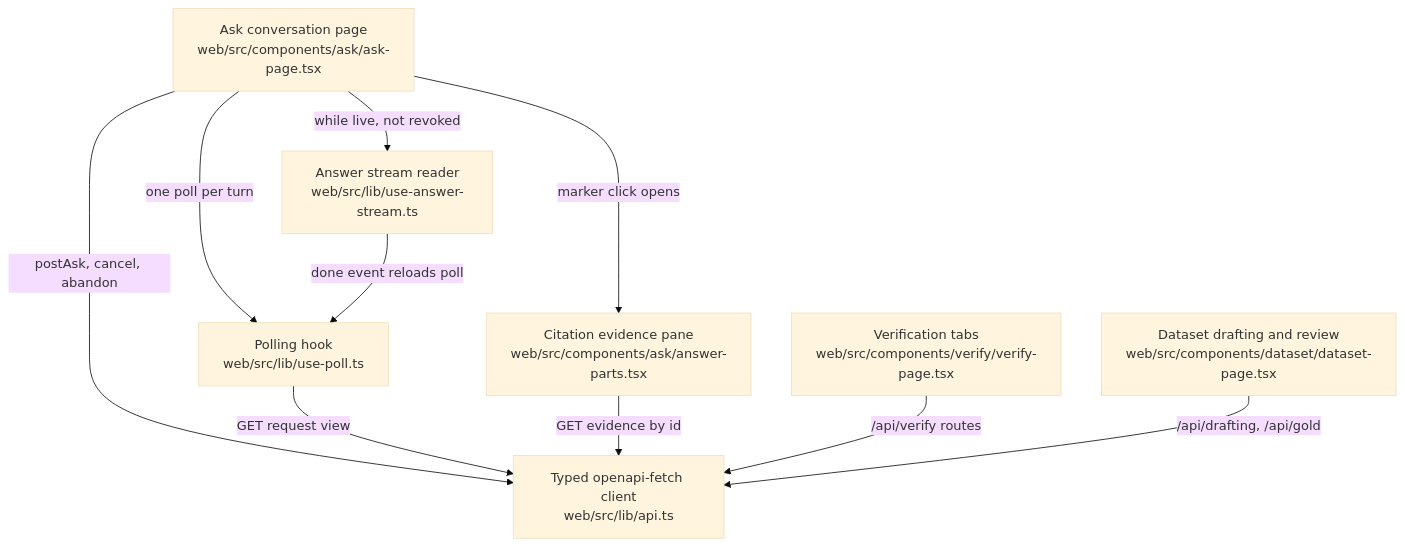
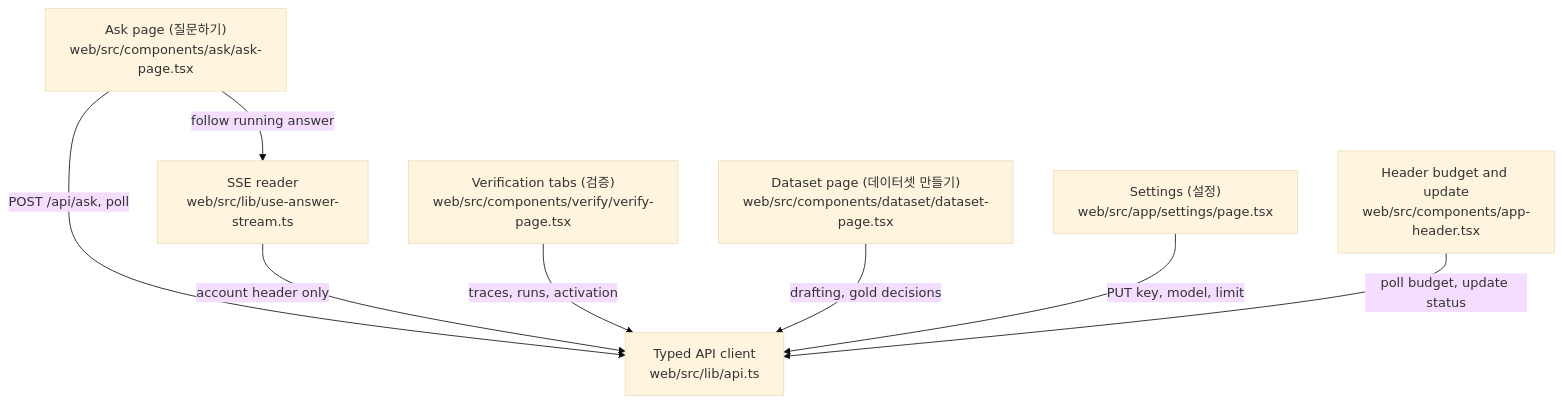
The diagram in .omm/overall-architecture/web-screens/diagram.mmd (littleeeeebit/project-codeit-mid), drawn with Mermaid (base theme) before and after one commit. The commit also changed 398 other files, not shown here.

```diff
--- a/.omm/overall-architecture/web-screens/diagram.mmd
+++ b/.omm/overall-architecture/web-screens/diagram.mmd
@@ -1,17 +1,8 @@
 graph TD
-  ask-page["Ask conversation page\nweb/src/components/ask/ask-page.tsx"]
-  api-client["Typed openapi-fetch client\nweb/src/lib/api.ts"]
-  status-poll["Polling hook\nweb/src/lib/use-poll.ts"]
-  answer-stream["Answer stream reader\nweb/src/lib/use-answer-stream.ts"]
-  evidence-pane["Citation evidence pane\nweb/src/components/ask/answer-parts.tsx"]
-  verify-page["Verification tabs\nweb/src/components/verify/verify-page.tsx"]
-  dataset-page["Dataset drafting and review\nweb/src/components/dataset/dataset-page.tsx"]
-  ask-page -->|"postAsk, cancel, abandon"| api-client
-  ask-page -->|"one poll per turn"| status-poll
-  status-poll -->|"GET request view"| api-client
-  ask-page -->|"while live, not revoked"| answer-stream
-  answer-stream -->|"done event reloads poll"| status-poll
-  ask-page -->|"marker click opens"| evidence-pane
-  evidence-pane -->|"GET evidence by id"| api-client
-  verify-page -->|"/api/verify routes"| api-client
-  dataset-page -->|"/api/drafting, /api/gold"| api-client
+  ask-page["Ask page (질문하기)\nweb/src/components/ask/ask-page.tsx"] -->|"POST /api/ask, poll"| api-client["Typed API client\nweb/src/lib/api.ts"]
+  ask-page -->|"follow running answer"| answer-stream["SSE reader\nweb/src/lib/use-answer-stream.ts"]
+  answer-stream -->|"account header only"| api-client
+  verify-page["Verification tabs (검증)\nweb/src/components/verify/verify-page.tsx"] -->|"traces, runs, activation"| api-client
+  dataset-page["Dataset page (데이터셋 만들기)\nweb/src/components/dataset/dataset-page.tsx"] -->|"drafting, gold decisions"| api-client
+  settings-page["Settings (설정)\nweb/src/app/settings/page.tsx"] -->|"PUT key, model, limit"| api-client
+  app-header["Header budget and update\nweb/src/components/app-header.tsx"] -->|"poll budget, update status"| api-client
```
